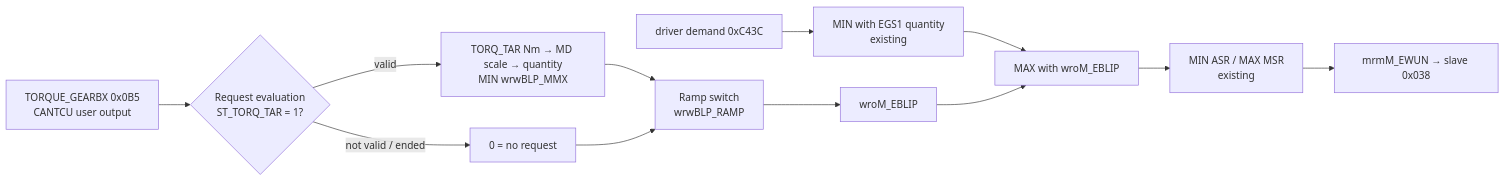
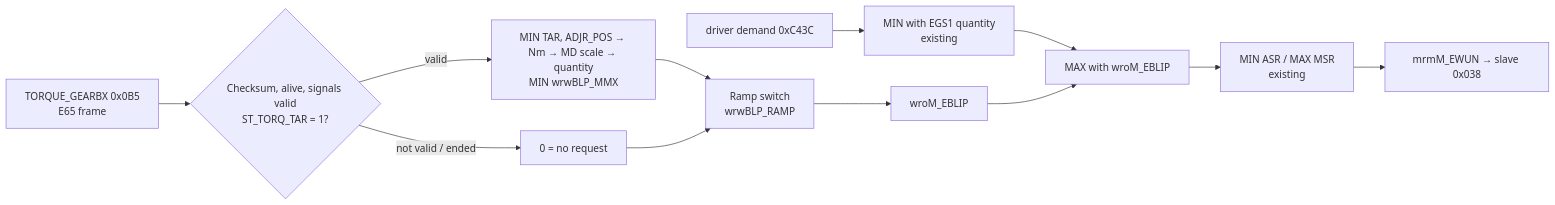
One commit to tomazcebul/E38-M67-Blip changed the diagram in Blip-Function.md. Above: the diagram before and after it, drawn with Mermaid. The commit also changed other lines of this file and 4 other files, not shown here.

First line of the commit message:
Blip: accept the real E65 TORQUE_GEARBX frame (checksum, alive counter) and add a C167 self-test

````diff
--- a/Blip-Function.md
+++ b/Blip-Function.md
@@ -151,12 +172,12 @@
 ```mermaid
 flowchart LR
-    RX[TORQUE_GEARBX 0x0B5<br/>CANTCU user output] --> EV{Request evaluation<br/>ST_TORQ_TAR = 1?}
-    EV -->|valid| CV[TORQ_TAR Nm → MD scale → quantity<br/>MIN wrwBLP_MMX]
+    RX[TORQUE_GEARBX 0x0B5<br/>E65 frame] --> EV{Checksum, alive, signals valid<br/>ST_TORQ_TAR = 1?}
+    EV -->|valid| CV[MIN TAR, ADJR_POS → Nm → MD scale → quantity<br/>MIN wrwBLP_MMX]
     EV -->|not valid / ended| NR[0 = no request]
     CV & NR --> RS[Ramp switch<br/>wrwBLP_RAMP]
     RS --> QB[wroM_EBLIP]
     D[driver demand 0xC43C] --> M1[MIN with EGS1 quantity<br/>existing]
     M1 --> M2[MAX with wroM_EBLIP]
     QB --> M2
     M2 --> ASR[MIN ASR / MAX MSR<br/>existing] --> EW[mrmM_EWUN → slave 0x038]
 ```
````
